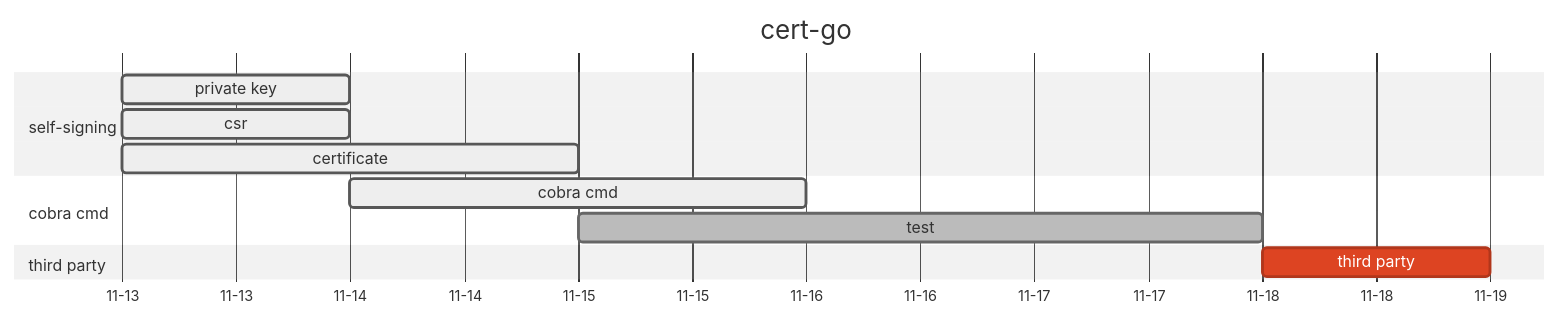
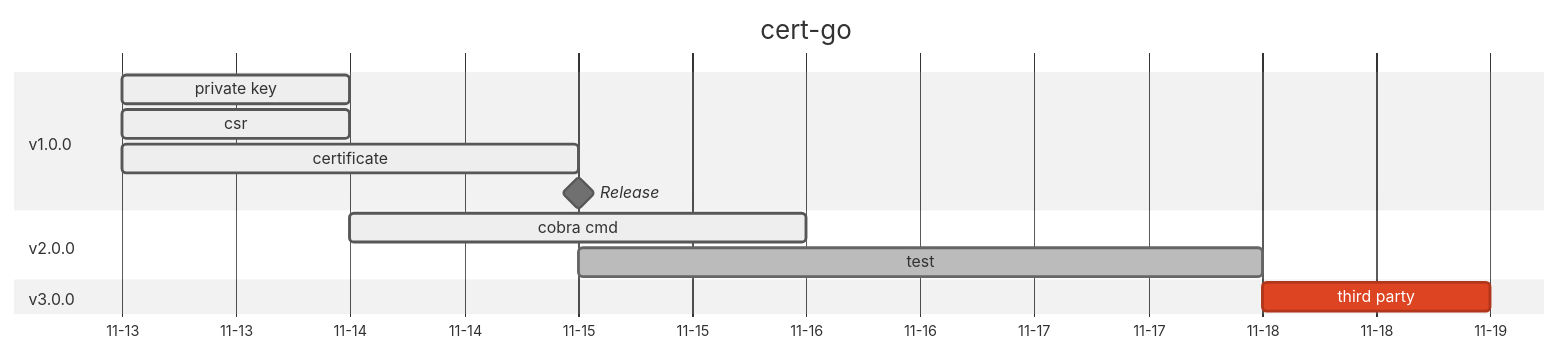
The diagram in README.md (Alonza0314/cert-go), drawn with Mermaid (neutral theme) before and after one commit.

Commit message:
doc: update roadmap

````diff
--- a/README.md
+++ b/README.md
@@ -9,18 +9,19 @@
 ```mermaid
 gantt
     title cert-go
     dateFormat MM-DD
         axisFormat %m-%d
 
-    section self-signing
+    section v1.0.0
     private key: active, private-key, 11-13, 1d
     csr: active, csr, 11-13, 1d
     certificate: active, certificate, 11-13, 2d
+    Release: milestone, after certificate
 
-    section cobra cmd
+    section v2.0.0
     cobra cmd: active, cobra-cmd, 11-14, 2d
     test: done, test, 11-15, 3d
 
-    section third party
+    section v3.0.0
     third party: crit, third-party, 11-18, 1d
 ```
````
